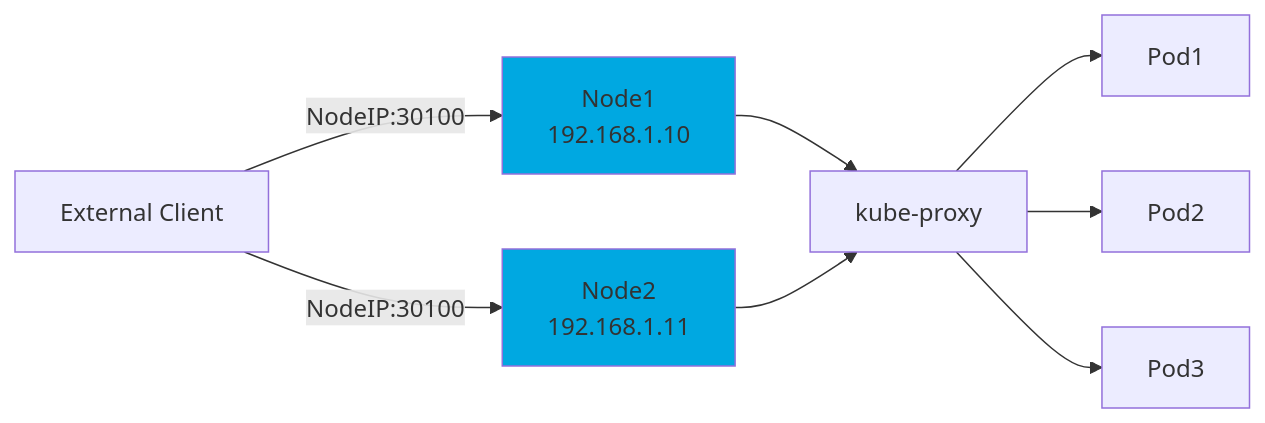
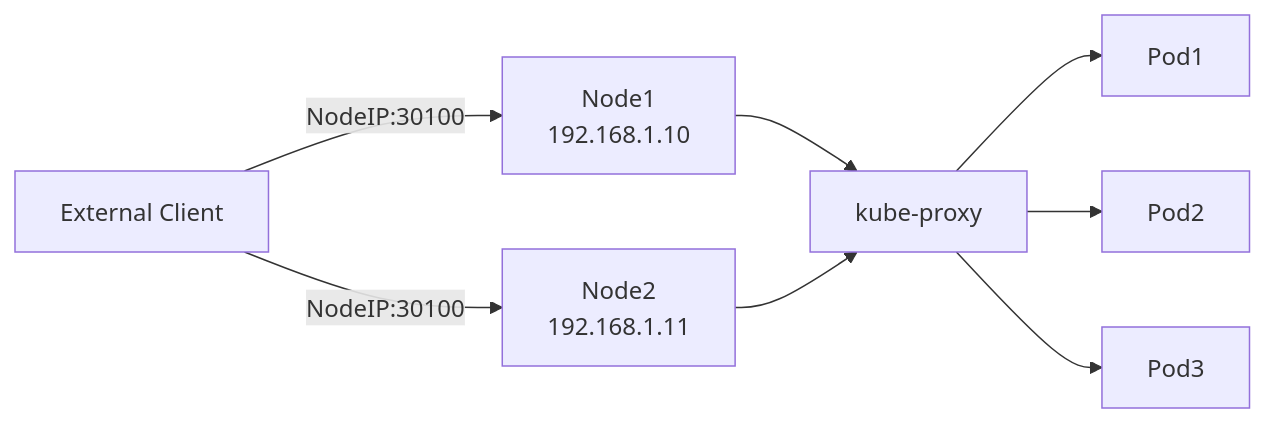
One commit to juwon8891/juwon8891.github.io changed diagram 14 of 25 in docs/eks/week2-networking.md. Above: the diagram before and after it, drawn with Mermaid. The commit also changed other lines of this file and 18 other files, not shown here.

Commit message:
Remove bright colors from Mermaid diagrams for dark mode compatibility

````diff
--- a/docs/eks/week2-networking.md
+++ b/docs/eks/week2-networking.md
@@ -701,15 +685,13 @@
 ```mermaid
 graph LR
     A[External Client] -->|NodeIP:30100| B[Node1<br/>192.168.1.10]
     A -->|NodeIP:30100| C[Node2<br/>192.168.1.11]
 
     B --> D[kube-proxy]
     C --> D
 
     D --> E[Pod1]
     D --> F[Pod2]
     D --> G[Pod3]
 
-    style B fill:#00a8e1
-    style C fill:#00a8e1
 ```
````
